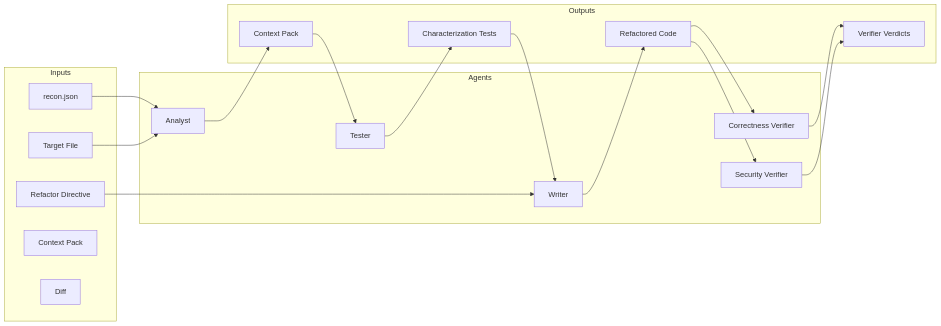
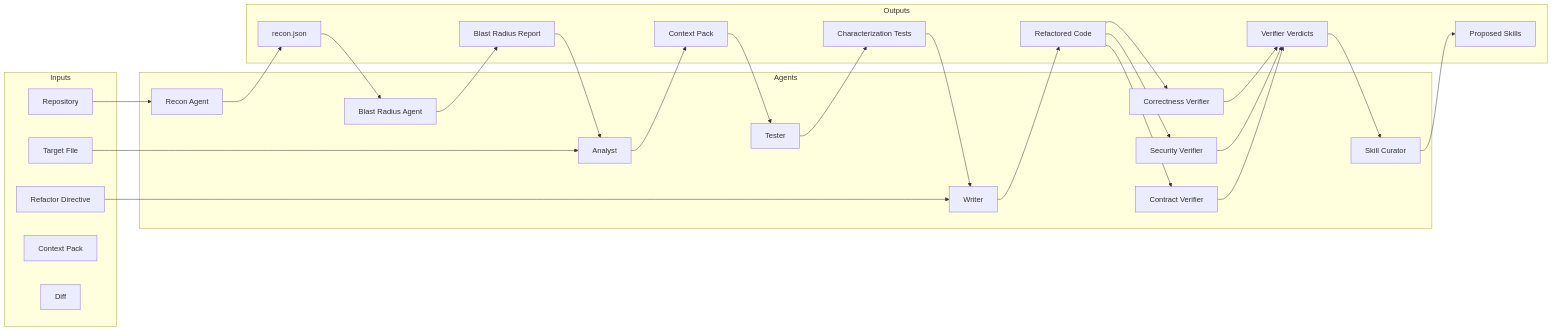
Before and after one commit to arubara2021/CodeGuardian: the fifth of 25 diagrams in docs/04-architecture.md, drawn with Mermaid. The commit also changed other lines of this file and 5 other files, not shown here.

````diff
--- a/docs/04-architecture.md
+++ b/docs/04-architecture.md
@@ -256,38 +330,53 @@
 ```mermaid
 flowchart LR
     subgraph Agents
+        Recon[Recon Agent]
+        Blast[Blast Radius Agent]
         Analyst[Analyst]
         Tester[Tester]
         Writer[Writer]
         CV[Correctness Verifier]
         SV[Security Verifier]
+        ContractV[Contract Verifier]
+        Curator[Skill Curator]
     end
 
     subgraph Inputs
-        Recon[recon.json]
+        Repo[Repository]
         Target[Target File]
         Directive[Refactor Directive]
         Context[Context Pack]
         Diff[Diff]
     end
 
     subgraph Outputs
+        ReconOut[recon.json]
+        BlastOut[Blast Radius Report]
         ContextOut[Context Pack]
         Tests[Characterization Tests]
         NewCode[Refactored Code]
         Verdicts[Verifier Verdicts]
+        Skills[Proposed Skills]
     end
 
-    Recon --> Analyst
+    Repo --> Recon
+    Recon --> ReconOut
+    ReconOut --> Blast
+    Blast --> BlastOut
+    BlastOut --> Analyst
     Target --> Analyst
     Analyst --> ContextOut
     ContextOut --> Tester
     Tester --> Tests
     Tests --> Writer
     Directive --> Writer
     Writer --> NewCode
     NewCode --> CV
     NewCode --> SV
+    NewCode --> ContractV
     CV --> Verdicts
     SV --> Verdicts
+    ContractV --> Verdicts
+    Verdicts --> Curator
+    Curator --> Skills
 ```
````
